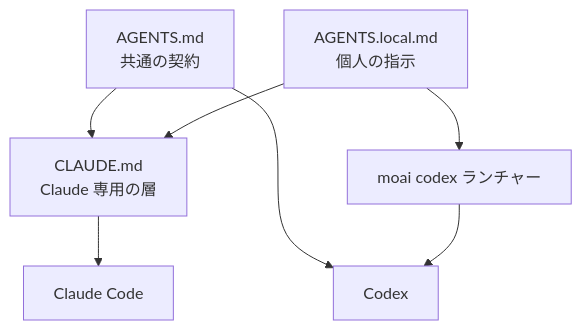
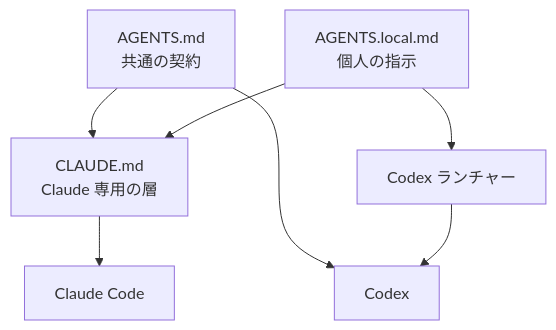
One commit to modu-ai/moai-adk changed the fifth of 5 diagrams in docs-site/content/ja/advanced/claude-md-guide.md. Above: the diagram before and after it, drawn with Mermaid. The commit also changed other lines of this file and 31 other files, not shown here.

First line of the commit message:
[t2022] docs: remove Codex lane guidance and non-working moai codex commands in docs-site 4 locales and READMEs (card t2022)

````diff
--- a/docs-site/content/ja/advanced/claude-md-guide.md
+++ b/docs-site/content/ja/advanced/claude-md-guide.md
@@ -366,9 +366,9 @@
 ```mermaid
 flowchart TD
     A["AGENTS.md<br/>共通の契約"] --> C["CLAUDE.md<br/>Claude 専用の層"]
     L["AGENTS.local.md<br/>個人の指示"] --> C
     C --> CC["Claude Code"]
     A --> X["Codex"]
-    L --> R["moai codex ランチャー"]
+    L --> R["Codex ランチャー"]
     R --> X
 ```
````
